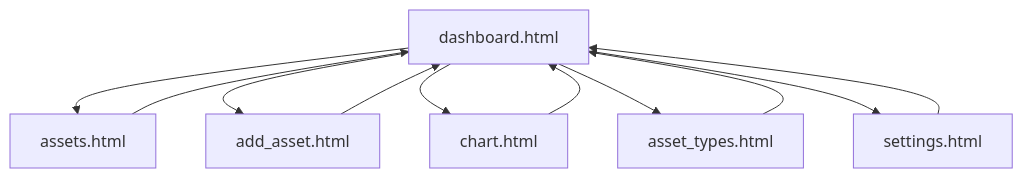
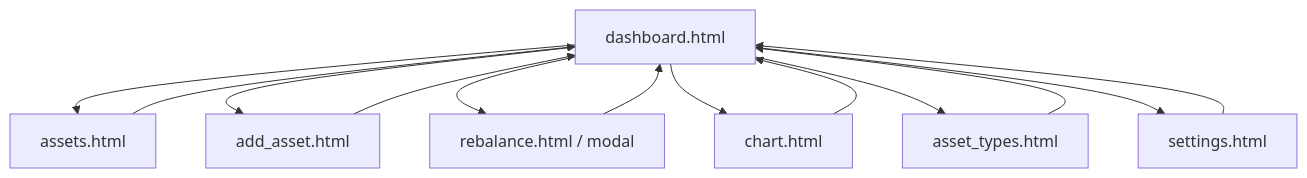
The diagram in docs/05.UI 设计文档.md (tonydyb/assets_app), drawn with Mermaid before and after one commit. The commit also changed other lines of this file and 16 other files, not shown here.

````diff
--- a/docs/05.UI 设计文档.md
+++ b/docs/05.UI 设计文档.md
@@ -41,13 +46,15 @@
 ```mermaid
 flowchart TD
   dashboard[dashboard.html] --> assets[assets.html]
   dashboard --> addAsset[add_asset.html]
+  dashboard --> rebalance[rebalance.html / modal]
   dashboard --> chart[chart.html]
   dashboard --> types[asset_types.html]
   dashboard --> settings[settings.html]
   assets --> dashboard
   addAsset --> dashboard
+  rebalance --> dashboard
   chart --> dashboard
   types --> dashboard
   settings --> dashboard
 ```
````
